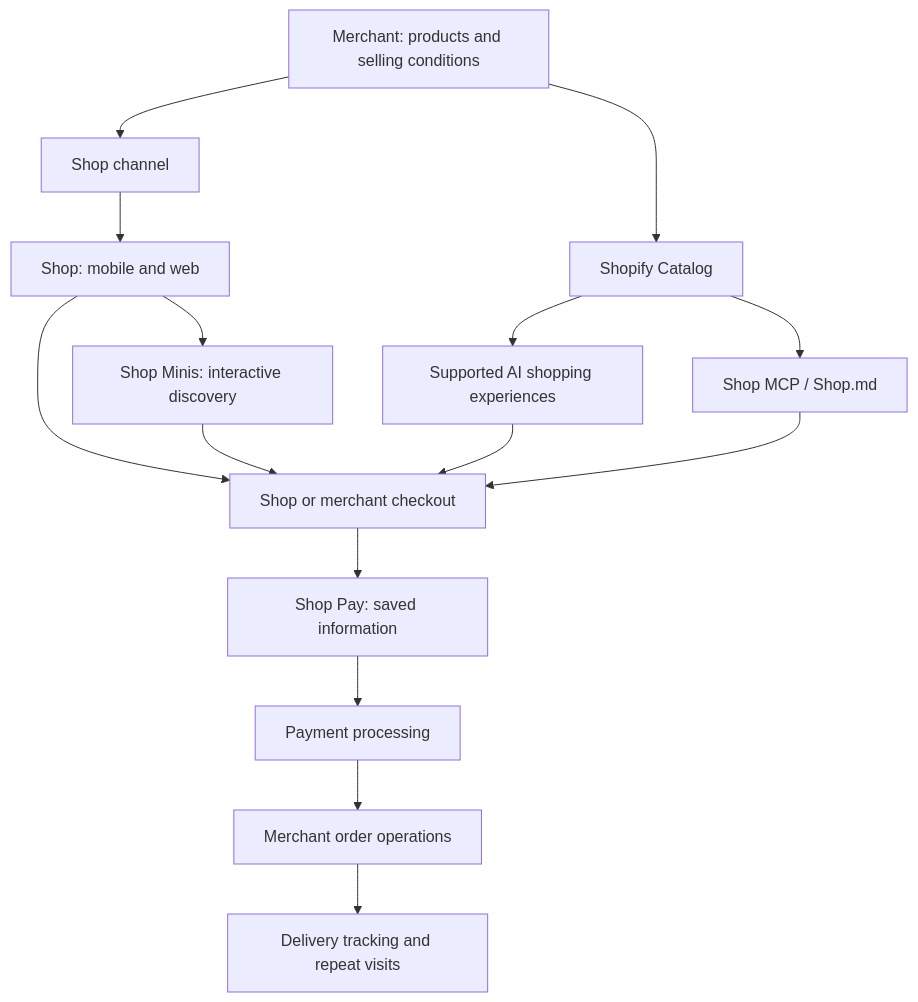
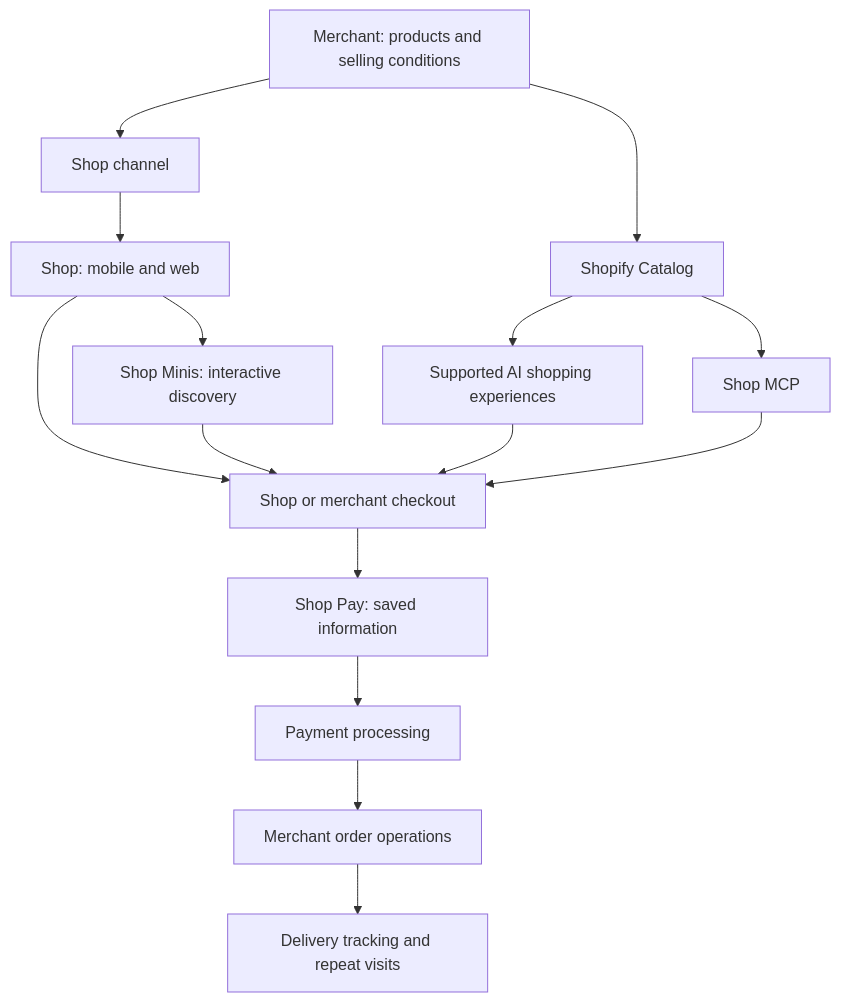
The first of 10 diagrams in products/shop/architecture.md (benzookapi/shopify-technical-docs), drawn with Mermaid before and after one commit. The commit also changed other lines of this file and 6 other files, not shown here.

Commit message:
Expand Shop MCP and Catalog integration documentation

````diff
--- a/products/shop/architecture.md
+++ b/products/shop/architecture.md
@@ -40,17 +42,17 @@
 ```mermaid
 flowchart TB
     Merchant["Merchant: products and selling conditions"] --> Channel["Shop channel"]
     Channel --> Shop["Shop: mobile and web"]
     Merchant --> Catalog["Shopify Catalog"]
     Catalog --> Agents["Supported AI shopping experiences"]
-    Catalog --> MCP["Shop MCP / Shop.md"]
+    Catalog --> MCP["Shop MCP"]
     Shop --> Minis["Shop Minis: interactive discovery"]
     Shop --> Checkout["Shop or merchant checkout"]
     Minis --> Checkout
     Agents --> Checkout
     MCP --> Checkout
     Checkout --> Pay["Shop Pay: saved information"]
     Pay --> Payments["Payment processing"]
     Payments --> Orders["Merchant order operations"]
     Orders --> Return["Delivery tracking and repeat visits"]
 ```
````
